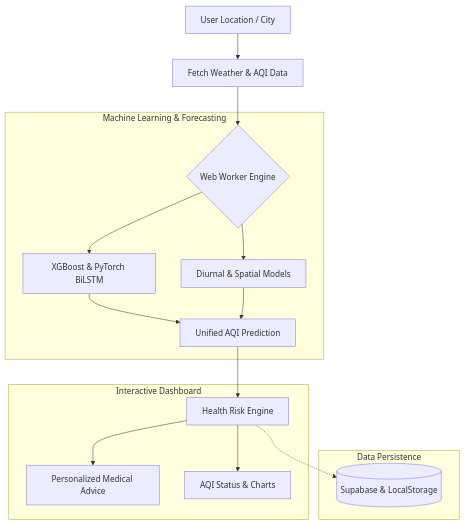
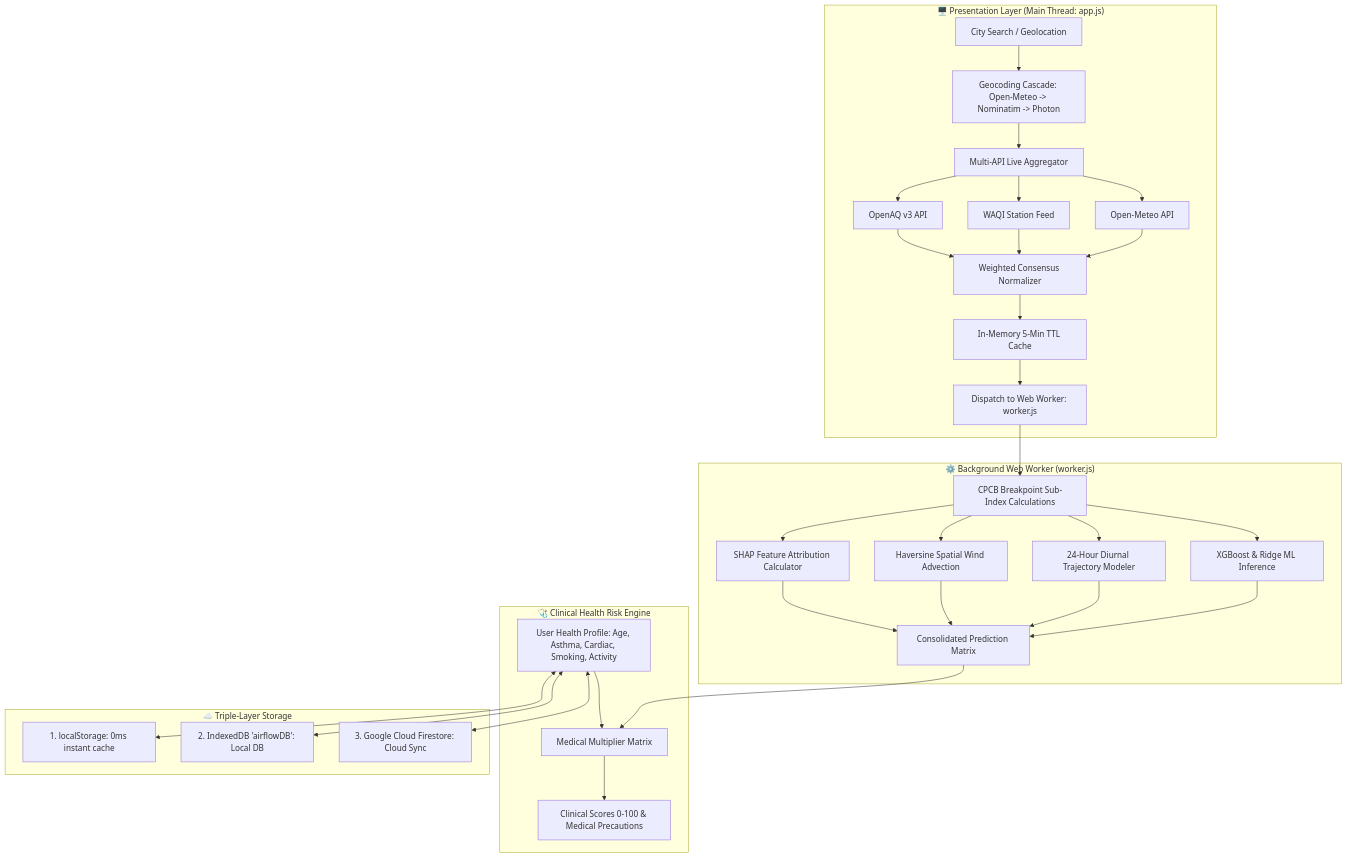
One commit to srirajpillai/AQI-Prediction changed the diagram in README.md. Above: the diagram before and after it, drawn with Mermaid. The commit also changed other lines of this file and 20 other files, not shown here.

Commit message:
Merge updated AQI prediction project

````diff
--- a/README.md
+++ b/README.md
@@ -55,24 +64,39 @@
 ```mermaid
 flowchart TD
-    A[User Location / City] --> B[Fetch Weather & AQI Data]
-    
-    B --> C{Web Worker Engine}
-    
-    subgraph Core [Machine Learning & Forecasting]
-        C --> D[XGBoost & PyTorch BiLSTM]
-        C --> E[Diurnal & Spatial Models]
-        D --> F[Unified AQI Prediction]
-        E --> F
+    subgraph UI_Layer ["🖥️ Presentation Layer (Main Thread: app.js)"]
+        A[City Search / Geolocation] --> B[Geocoding Cascade: Open-Meteo -> Nominatim -> Photon]
+        B --> C[Multi-API Live Aggregator]
+        C --> D1[Open-Meteo API]
+        C --> D2[WAQI Station Feed]
+        C --> D3[OpenAQ v3 API]
+        D1 --> E[Weighted Consensus Normalizer]
+        D2 --> E
+        D3 --> E
+        E --> F[In-Memory 5-Min TTL Cache]
+        F --> G[Dispatch to Web Worker: worker.js]
     end
-    
-    F --> G[Health Risk Engine]
-    
-    subgraph UI [Interactive Dashboard]
-        G --> H[Personalized Medical Advice]
-        G --> I[AQI Status & Charts]
+
+    subgraph Worker_Layer ["⚙️ Background Web Worker (worker.js)"]
+        G --> H[CPCB Breakpoint Sub-Index Calculations]
+        H --> I1[XGBoost & Ridge ML Inference]
+        H --> I2[24-Hour Diurnal Trajectory Modeler]
+        H --> I3[Haversine Spatial Wind Advection]
+        H --> I4[SHAP Feature Attribution Calculator]
+        I1 --> J[Consolidated Prediction Matrix]
+        I2 --> J
+        I3 --> J
+        I4 --> J
     end
-    
-    subgraph Storage [Data Persistence]
-        G -.-> J[(Supabase & LocalStorage)]
+
+    subgraph Health_Layer ["🩺 Clinical Health Risk Engine"]
+        J --> K[Medical Multiplier Matrix]
+        L[User Health Profile: Age, Asthma, Cardiac, Smoking, Activity] --> K
+        K --> M[Clinical Scores 0-100 & Medical Precautions]
+    end
+
+    subgraph Storage_Layer ["☁️ Triple-Layer Storage"]
+        L <--> N1[1. localStorage: 0ms instant cache]
+        L <--> N2[2. IndexedDB 'airflowDB': Local DB]
+        L <--> N3[3. Google Cloud Firestore: Cloud Sync]
     end
 ```
````
